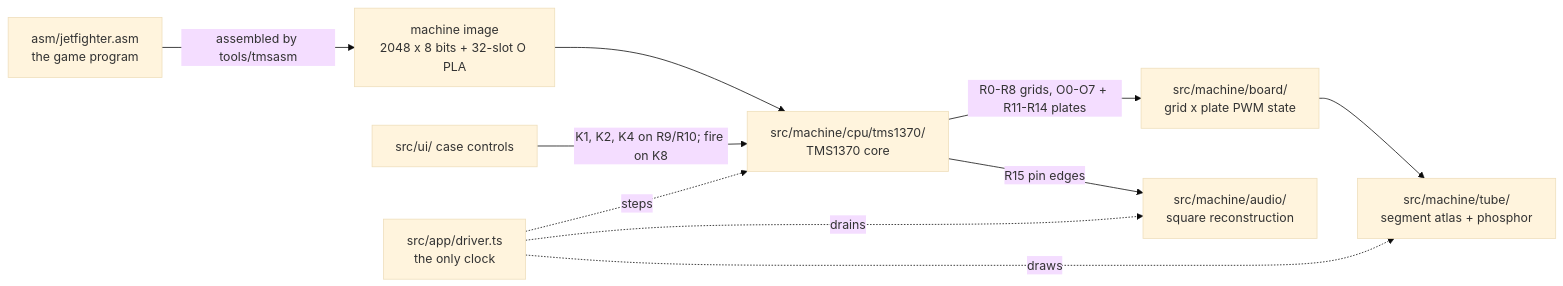
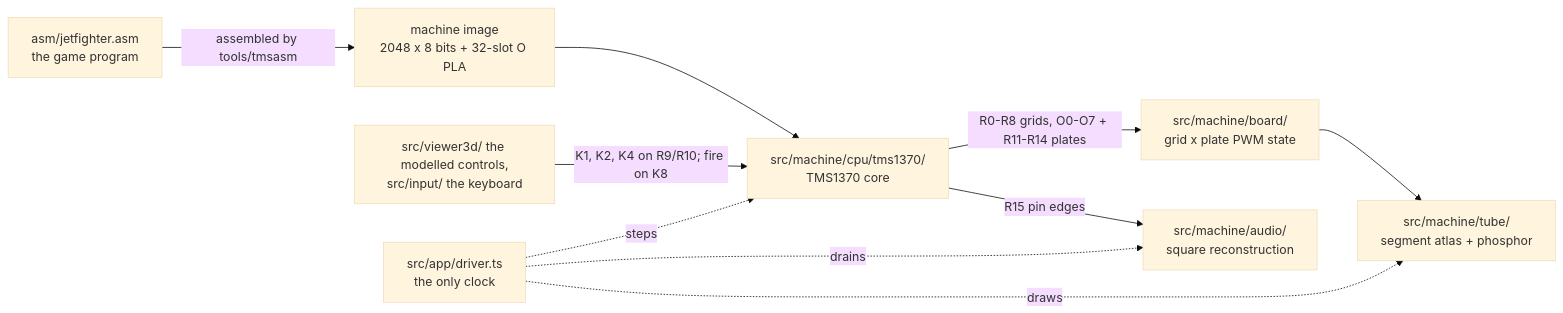
One commit to bjcoombs/jet-fighters changed the diagram in README.md. Above: the diagram before and after it, drawn with Mermaid (base theme). The commit also changed other lines of this file and 33 other files, not shown here.

````diff
--- a/README.md
+++ b/README.md
@@ -193,12 +194,12 @@
 ```mermaid
 flowchart LR
     ASM[asm/jetfighter.asm<br/>the game program] -->|assembled by tools/tmsasm| ROM[machine image<br/>2048 x 8 bits + 32-slot O PLA]
     ROM --> CPU[src/machine/cpu/tms1370/<br/>TMS1370 core]
-    SW[src/ui/ case controls] -->|K1, K2, K4 on R9/R10; fire on K8| CPU
+    SW[src/viewer3d/ the modelled controls,<br/>src/input/ the keyboard] -->|K1, K2, K4 on R9/R10; fire on K8| CPU
     CPU -->|R0-R8 grids, O0-O7 + R11-R14 plates| BOARD[src/machine/board/<br/>grid x plate PWM state]
     CPU -->|R15 pin edges| SPK[src/machine/audio/<br/>square reconstruction]
     BOARD --> TUBE[src/machine/tube/<br/>segment atlas + phosphor]
     MAIN[src/app/driver.ts<br/>the only clock] -.->|steps| CPU
     MAIN -.->|draws| TUBE
     MAIN -.->|drains| SPK
 ```
````
